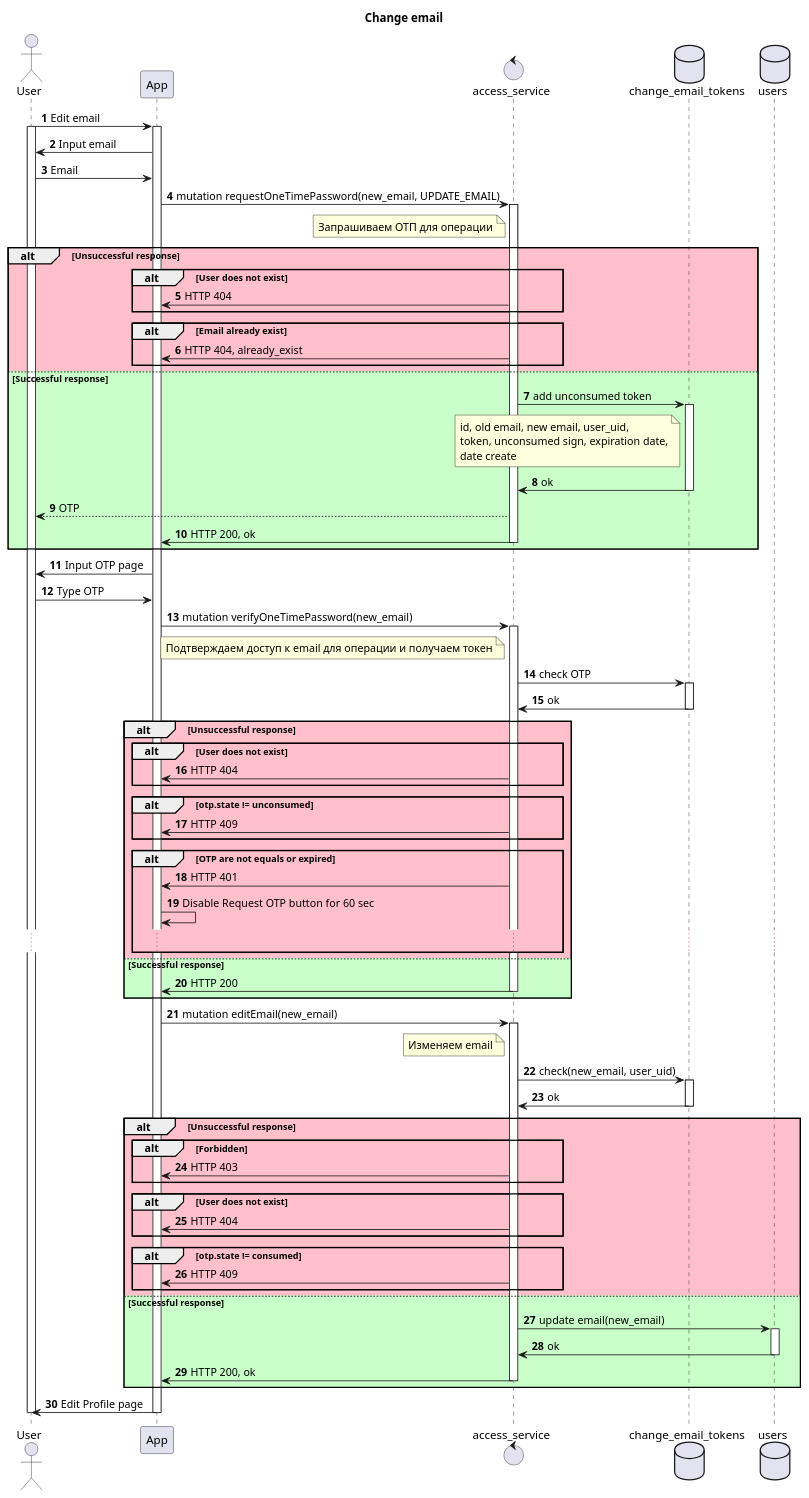
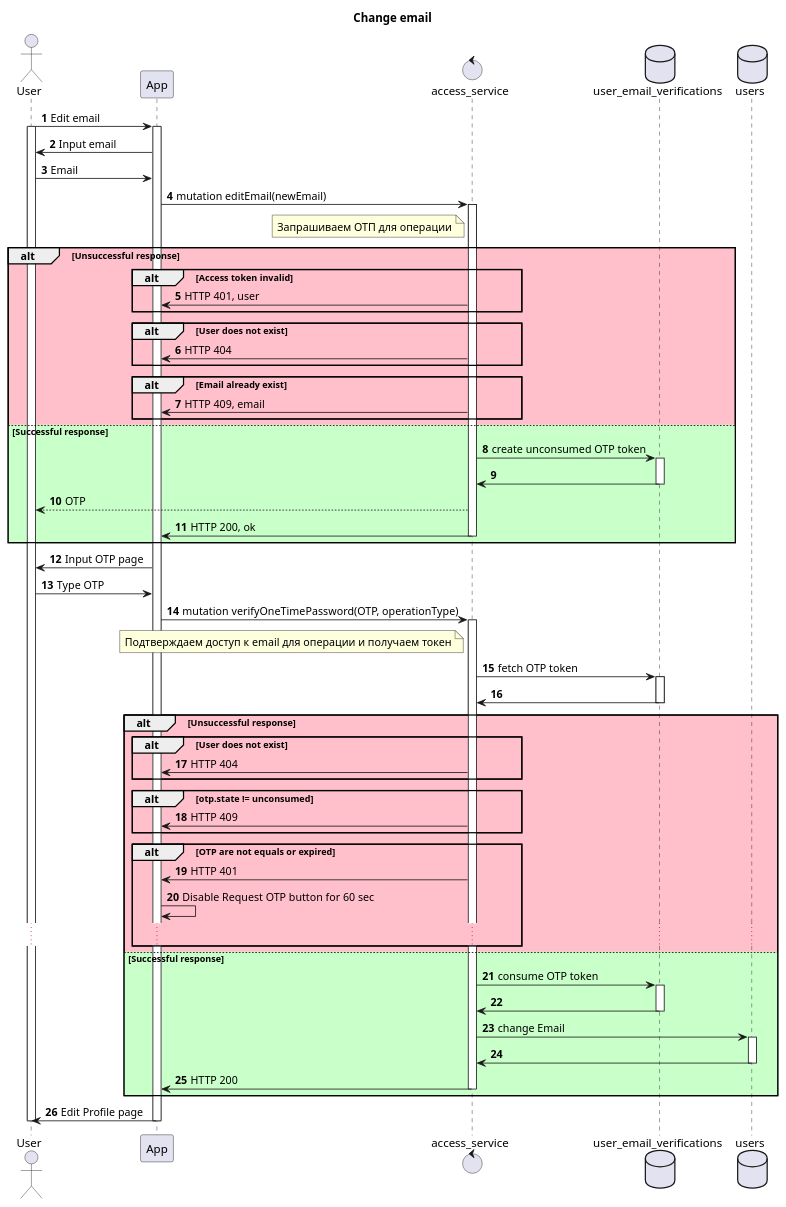
Before and after one commit to algruwork/work: the diagram in schemas/change_login_to_be.puml, drawn with PlantUML.

```diff
--- a/schemas/change_login_to_be.puml
+++ b/schemas/change_login_to_be.puml
@@ -1,120 +1,92 @@
 @startuml
 actor User as U
 participant App as GUI
 control access_service as AC
-database change_email_tokens as CLT
+database user_email_verifications as CLT
 database users as UD
 
 title "Change email"
 autonumber
 U -> GUI: Edit email
 activate U
 activate GUI
 GUI -> U: Input email
 U -> GUI: Email
-GUI -> AC: mutation requestOneTimePassword(new_email, UPDATE_EMAIL)
+GUI -> AC: mutation editEmail(newEmail)
 note left AC
 Запрашиваем ОТП для операции
 end note
 activate AC
 
 alt #Pink Unsuccessful response
 
+alt #Pink Access token invalid
+AC -> GUI: HTTP 401, user
+end
+
 alt #Pink User does not exist
 AC -> GUI: HTTP 404
 end
 
 alt #Pink Email already exist
-AC -> GUI: HTTP 404, already_exist
+AC -> GUI: HTTP 409, email
 end
 
 else #Technology Successful response
-AC -> CLT: add unconsumed token
-note left CLT
-id, old email, new email, user_uid,
-token, unconsumed sign, expiration date,
-date create
-end note
+AC -> CLT: create unconsumed OTP token
 
 activate CLT
-CLT -> AC: ok
+CLT -> AC:
 deactivate CLT
 AC --> U: OTP
 AC -> GUI: HTTP 200, ok
 deactivate AC
 end
 
 GUI -> U: Input OTP page
 U -> GUI: Type OTP
-GUI -> AC: mutation verifyOneTimePassword(new_email)
+GUI -> AC: mutation verifyOneTimePassword(OTP, operationType)
 note left AC
 Подтверждаем доступ к email для операции и получаем токен
 end note
 
 activate AC
-AC -> CLT: check OTP
+AC -> CLT: fetch OTP token
 activate CLT
-CLT -> AC: ok
+CLT -> AC:
 deactivate CLT
 
 alt #Pink Unsuccessful response
 
 alt #Pink User does not exist
 AC -> GUI: HTTP 404
 end
 
 alt #Pink otp.state != unconsumed
 AC -> GUI: HTTP 409
 end
 
 alt #Pink OTP are not equals or expired
 AC -> GUI: HTTP 401
 GUI -> GUI: Disable Request OTP button for 60 sec
 ...
 end
 
 
 else #Technology Successful response
-
+AC -> CLT: consume OTP token
+activate CLT
+CLT -> AC:
+deactivate CLT
+AC -> UD: change Email
+activate UD
+UD -> AC:
+deactivate UD
 AC -> GUI: HTTP 200
 deactivate AC
 end
 
-GUI -> AC: mutation editEmail(new_email)
-activate AC
-note left AC
-Изменяем email
-end note
-
-AC -> CLT: check(new_email, user_uid)
-activate CLT
-CLT -> AC: ok
-deactivate CLT
-
-alt #Pink Unsuccessful response
-
-alt #Pink Forbidden
-AC -> GUI: HTTP 403
-end
-
-alt #Pink User does not exist
-AC -> GUI: HTTP 404
-end
-
-alt #Pink otp.state != consumed
-AC -> GUI: HTTP 409
-end
-
-else #Technology Successful response
-
-AC -> UD: update email(new_email)
-activate UD
-UD -> AC: ok
-deactivate UD
-AC -> GUI: HTTP 200, ok
-deactivate AC
-end
 GUI -> U: Edit Profile page
 deactivate GUI
 deactivate U
 @enduml
```
